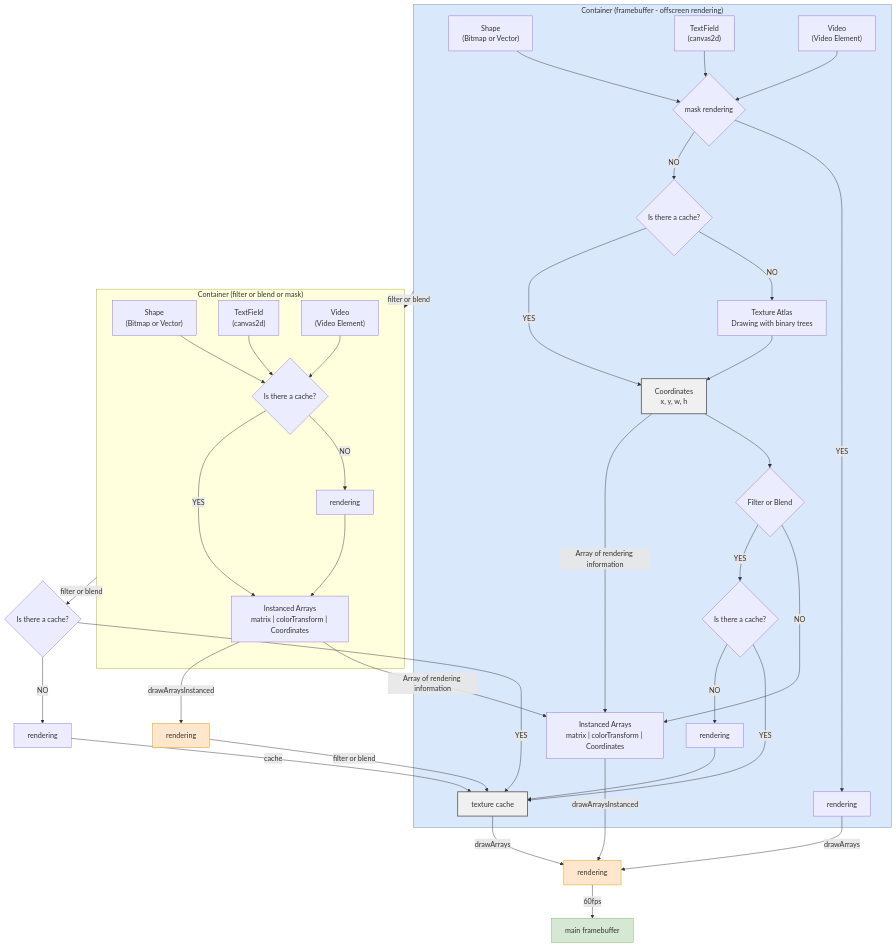
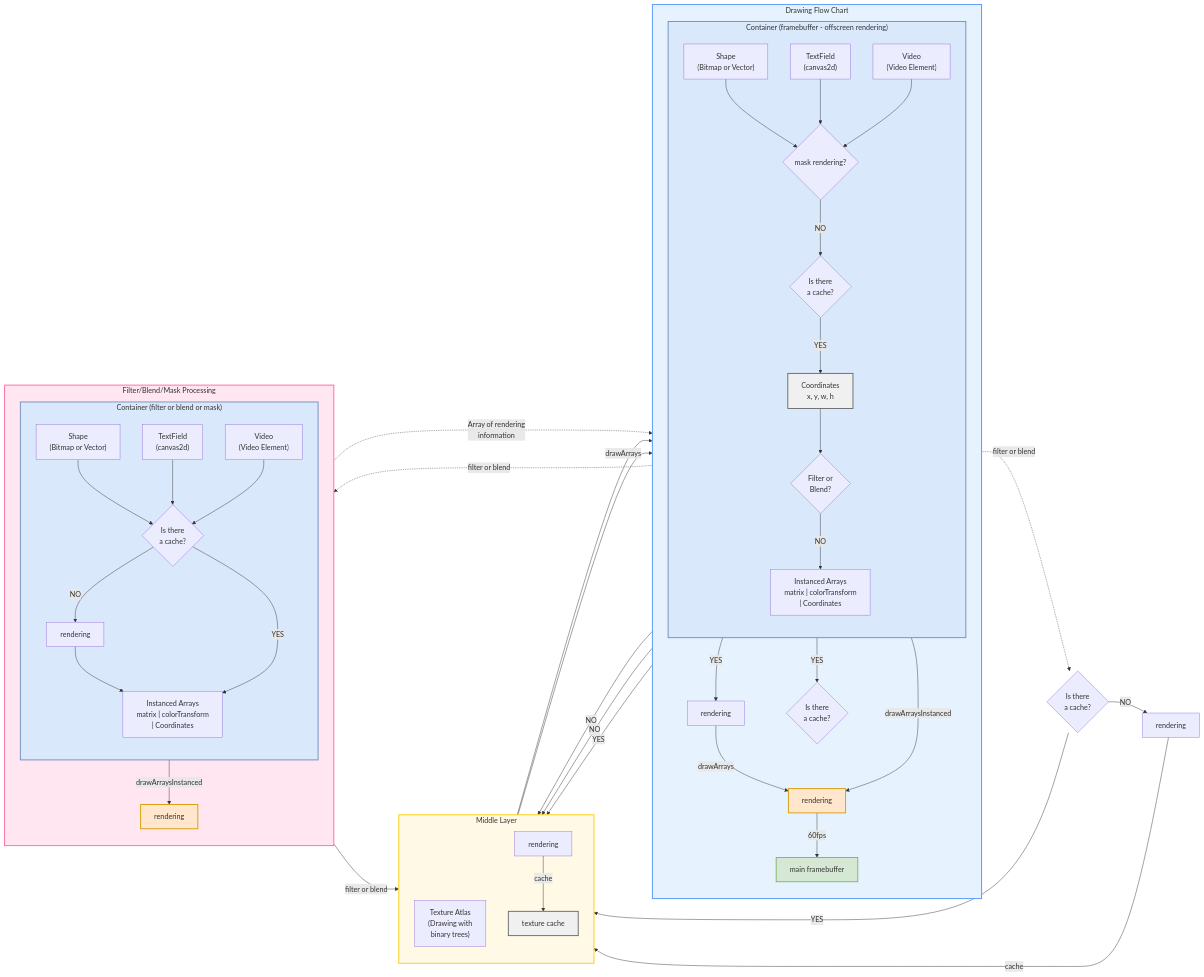
Before and after one commit to Next2D/player: the diagram in README.md, drawn with Mermaid.

Commit message:
chage Flowchart v4

````diff
--- a/README.md
+++ b/README.md
@@ -127,73 +127,80 @@
 ```mermaid
-flowchart TB
-    subgraph Container1["Container (framebuffer - offscreen rendering)"]
-        Shape1["Shape<br/>(Bitmap or Vector)"]
-        TextField1["TextField<br/>(canvas2d)"]
-        Video1["Video<br/>(Video Element)"]
+flowchart LR
+    subgraph Left["Drawing Flow Chart"]
+        direction TB
+        subgraph Container1["Container (framebuffer - offscreen rendering)"]
+            direction TB
+            Shape1["Shape<br/>(Bitmap or Vector)"]
+            TextField1["TextField<br/>(canvas2d)"]
+            Video1["Video<br/>(Video Element)"]
+            
+            Shape1 --> MaskCheck{mask rendering?}
+            TextField1 --> MaskCheck
+            Video1 --> MaskCheck
+            
+            MaskCheck -->|NO| Cache1{Is there<br/>a cache?}
+            Cache1 -->|YES| CoordDB1["Coordinates<br/>x, y, w, h"]
+            CoordDB1 --> FilterCheck{Filter or<br/>Blend?}
+            FilterCheck -->|NO| Arrays1["Instanced Arrays<br/>matrix | colorTransform<br/>| Coordinates"]
+        end
         
-        Shape1 --> MaskRendering{mask rendering}
-        TextField1 --> MaskRendering
-        Video1 --> MaskRendering
+        MaskCheck -->|YES| Direct1[rendering]
+        Direct1 -->|drawArrays| Final[rendering]
         
-        MaskRendering -->|YES| Rendering1[rendering]
-        MaskRendering -->|NO| Cache1{Is there a cache?}
+        Arrays1 -->|drawArraysInstanced| Final
+        Final -->|60fps| Screen[main framebuffer]
         
-        Cache1 -->|NO| TextureAtlas[Texture Atlas<br/>Drawing with binary trees]
-        Cache1 -->|YES| CoordinatesDB
-        
-        TextureAtlas --> CoordinatesDB
-        CoordinatesDB["Coordinates<br/>x, y, w, h"]
-        
-        CoordinatesDB --> FilterOrBlend{Filter or Blend}
-        
-        FilterOrBlend -->|NO| InstancedArrays1
-        FilterOrBlend -->|YES| CacheCheck{Is there a cache?}
-        
-        CacheCheck -->|YES| TextureCache
-        CacheCheck -->|NO| Rendering2[rendering]
-        
-        Rendering2 --> TextureCache
+        FilterCheck -->|YES| CacheCheck1{Is there<br/>a cache?}
     end
     
-    subgraph Container2["Container (filter or blend or mask)"]
-        Shape2["Shape<br/>(Bitmap or Vector)"]
-        TextField2["TextField<br/>(canvas2d)"]
-        Video2["Video<br/>(Video Element)"]
+    subgraph Center["Middle Layer"]
+        direction TB
+        Cache1 -->|NO| Atlas["Texture Atlas<br/>(Drawing with<br/>binary trees)"]
+        Atlas --> CoordDB1
         
-        Shape2 --> Cache2{Is there a cache?}
-        TextField2 --> Cache2
-        Video2 --> Cache2
-        
-        Cache2 -->|NO| Rendering3[rendering]
-        Cache2 -->|YES| InstancedArrays2
-        
-        Rendering3 --> InstancedArrays2
+        CacheCheck1 -->|NO| Render2[rendering]
+        Render2 -->|cache| TexCache["texture cache"]
+        CacheCheck1 -->|YES| TexCache
+        TexCache -->|drawArrays| Final
     end
     
-    Container1 -->|filter or blend| Container2
+    subgraph Right["Filter/Blend/Mask Processing"]
+        direction TB
+        subgraph Container2["Container (filter or blend or mask)"]
+            direction TB
+            Shape2["Shape<br/>(Bitmap or Vector)"]
+            TextField2["TextField<br/>(canvas2d)"]
+            Video2["Video<br/>(Video Element)"]
+            
+            Shape2 --> Cache2{Is there<br/>a cache?}
+            TextField2 --> Cache2
+            Video2 --> Cache2
+            
+            Cache2 -->|NO| Render3[rendering]
+            Render3 --> Arrays2["Instanced Arrays<br/>matrix | colorTransform<br/>| Coordinates"]
+            Cache2 -->|YES| Arrays2
+        end
+        
+        Arrays2 -->|drawArraysInstanced| Render4[rendering]
+        Render4 -->|filter or blend| TexCache
+        
+        Arrays2 -.->|Array of rendering<br/>information| Arrays1
+    end
     
-    Container2 -->|filter or blend| CacheCheck2{Is there a cache?}
-    CacheCheck2 -->|YES| TextureCache
-    CacheCheck2 -->|NO| Rendering4[rendering]
-    Rendering4 -->|cache| TextureCache["texture cache"]
+    Container1 -.->|filter or blend| Container2
+    FilterCheck -.->|filter or blend| CacheCheck2{Is there<br/>a cache?}
+    CacheCheck2 -->|NO| Render5[rendering]
+    CacheCheck2 -->|YES| TexCache
+    Render5 -->|cache| TexCache
     
-    CoordinatesDB -->|Array of rendering information| InstancedArrays1["Instanced Arrays<br/>matrix | colorTransform | Coordinates"]
-    InstancedArrays2["Instanced Arrays<br/>matrix | colorTransform | Coordinates"] -->|Array of rendering information| InstancedArrays1
-    
-    InstancedArrays1 -->|drawArraysInstanced| FinalRendering[rendering]
-    InstancedArrays2 -->|drawArraysInstanced| Rendering5[rendering]
-    
-    TextureCache -->|drawArrays| FinalRendering
-    Rendering1 -->|drawArrays| FinalRendering
-    
-    Rendering5 -->|filter or blend| TextureCache
-    
-    FinalRendering -->|60fps| MainFramebuffer[main framebuffer]
-    
-    style Container1 fill:#dae8fc,stroke:#6c8ebf
-    style FinalRendering fill:#ffe6cc,stroke:#d79b00
-    style Rendering5 fill:#ffe6cc,stroke:#d79b00
-    style MainFramebuffer fill:#d5e8d4,stroke:#82b366
-    style CoordinatesDB fill:#f0f0f0,stroke:#666,stroke-width:2px
-    style TextureCache fill:#f0f0f0,stroke:#666,stroke-width:2px
+    style Left fill:#e6f3ff,stroke:#4d94ff,stroke-width:2px
+    style Center fill:#fff9e6,stroke:#ffcc00,stroke-width:2px
+    style Right fill:#ffe6f0,stroke:#ff66a3,stroke-width:2px
+    style Container1 fill:#dae8fc,stroke:#6c8ebf,stroke-width:2px
+    style Container2 fill:#dae8fc,stroke:#6c8ebf,stroke-width:2px
+    style Final fill:#ffe6cc,stroke:#d79b00,stroke-width:2px
+    style Render4 fill:#ffe6cc,stroke:#d79b00,stroke-width:2px
+    style Screen fill:#d5e8d4,stroke:#82b366,stroke-width:2px
+    style CoordDB1 fill:#f0f0f0,stroke:#666,stroke-width:2px
+    style TexCache fill:#f0f0f0,stroke:#666,stroke-width:2px
 ```
````
